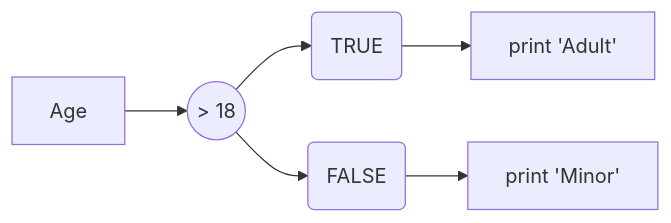
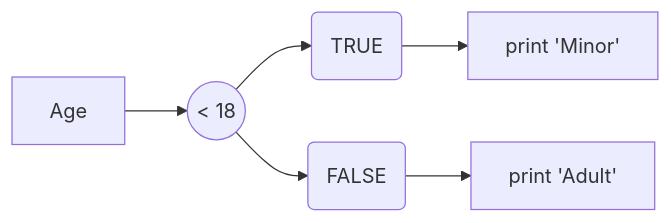
Before and after one commit to InforBio/ioc-r-2026: the first of 3 diagrams in ioc_r/r_contents/week04/r_w04_slides.qmd, drawn with Mermaid. The commit also changed 2 other files, not shown here.

Commit message:
change mermaid in w4 slides

````diff
--- a/ioc_r/r_contents/week04/r_w04_slides.qmd
+++ b/ioc_r/r_contents/week04/r_w04_slides.qmd
@@ -344,10 +344,10 @@
 ```{mermaid}
 %%| echo: false
 %%| fig-width: 10
 flowchart LR
-  AA[Age] --> A(("> 18"))
+  AA[Age] --> A(("< 18"))
   A --> B(TRUE)
   A --> C(FALSE)
-  B --> D["print 'Adult'"]
-  C --> E["print 'Minor'"]
+  B --> D["print 'Minor'"]
+  C --> E["print 'Adult'"]
 ```
````
